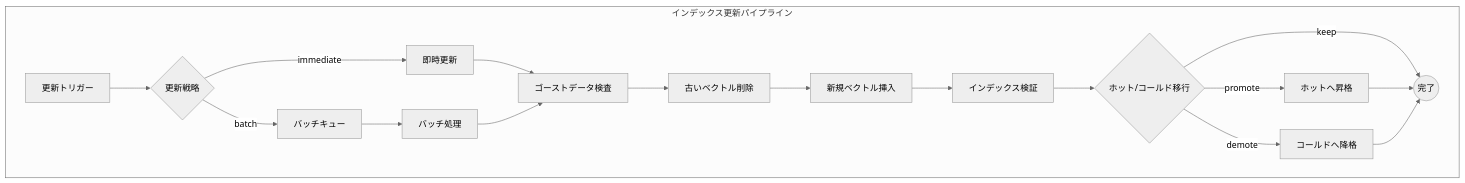
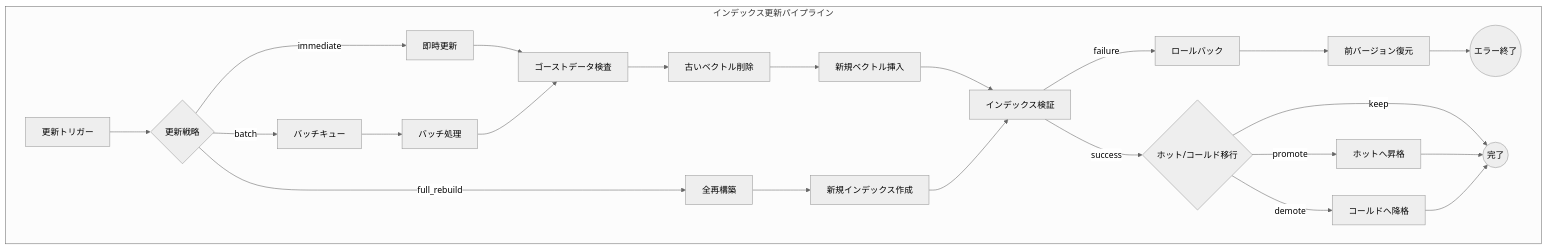
The diagram in docs/architecture/update-pipeline.md (RyoMa99/arch-rag), drawn with Mermaid (neutral theme) before and after one commit. The commit also changed other lines of this file and 1 other file, not shown here.

````diff
--- a/docs/architecture/update-pipeline.md
+++ b/docs/architecture/update-pipeline.md
@@ -5,27 +5,35 @@
 ```mermaid
 graph TD
     subgraph UpdatePipeline["インデックス更新パイプライン"]
         UpdateTrigger[更新トリガー] --> UpdateStrategy{更新戦略}
 
         UpdateStrategy -->|immediate| ImmediateUpdate[即時更新]
         UpdateStrategy -->|batch| BatchQueue[バッチキュー]
+        UpdateStrategy -->|full_rebuild| FullRebuild[全再構築]
 
         BatchQueue --> BatchProcessor[バッチ処理]
 
         ImmediateUpdate --> GhostDataChecker[ゴーストデータ検査]
         BatchProcessor --> GhostDataChecker
+        FullRebuild --> NewIndexBuild[新規インデックス作成]
 
         GhostDataChecker --> DeleteOldVectors[古いベクトル削除]
         DeleteOldVectors --> InsertNewVectors[新規ベクトル挿入]
 
         InsertNewVectors --> IndexValidation[インデックス検証]
-        IndexValidation --> HotColdMigration{ホット/コールド移行}
+        NewIndexBuild --> IndexValidation
+
+        IndexValidation -->|success| HotColdMigration{ホット/コールド移行}
+        IndexValidation -->|failure| Rollback[ロールバック]
+
+        Rollback --> RestorePrevious[前バージョン復元]
+        RestorePrevious --> ErrorEnd((エラー終了))
 
         HotColdMigration -->|promote| PromoteToHot[ホットへ昇格]
         HotColdMigration -->|demote| DemoteToCold[コールドへ降格]
         HotColdMigration -->|keep| END3((完了))
 
         PromoteToHot --> END3
         DemoteToCold --> END3
     end
 ```
````
